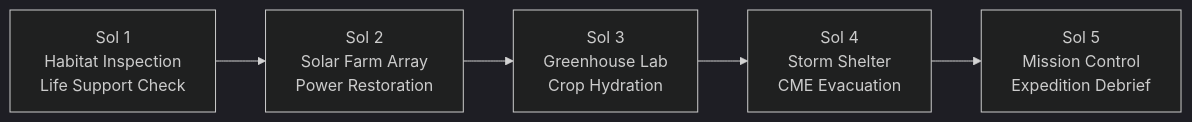
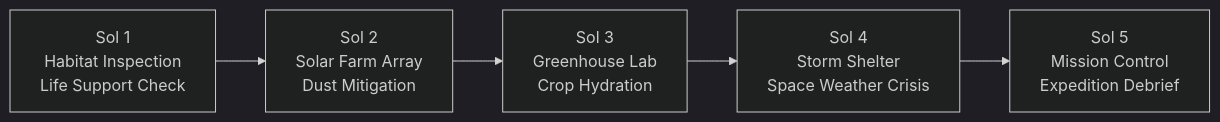
Before and after one commit to ankitchamke/Outpost-Mars: the first of 2 diagrams in README.md, drawn with Mermaid (dark theme). The commit also changed other lines of this file and 14 other files, not shown here.

````diff
--- a/README.md
+++ b/README.md
@@ -164,7 +135,7 @@
 ```mermaid
 flowchart LR
-    Sol1["Sol 1<br/>Habitat Inspection<br/>Life Support Check"] --> Sol2["Sol 2<br/>Solar Farm Array<br/>Power Restoration"]
+    Sol1["Sol 1<br/>Habitat Inspection<br/>Life Support Check"] --> Sol2["Sol 2<br/>Solar Farm Array<br/>Dust Mitigation"]
     Sol2 --> Sol3["Sol 3<br/>Greenhouse Lab<br/>Crop Hydration"]
-    Sol3 --> Sol4["Sol 4<br/>Storm Shelter<br/>CME Evacuation"]
+    Sol3 --> Sol4["Sol 4<br/>Storm Shelter<br/>Space Weather Crisis"]
     Sol4 --> Sol5["Sol 5<br/>Mission Control<br/>Expedition Debrief"]
 ```
````
